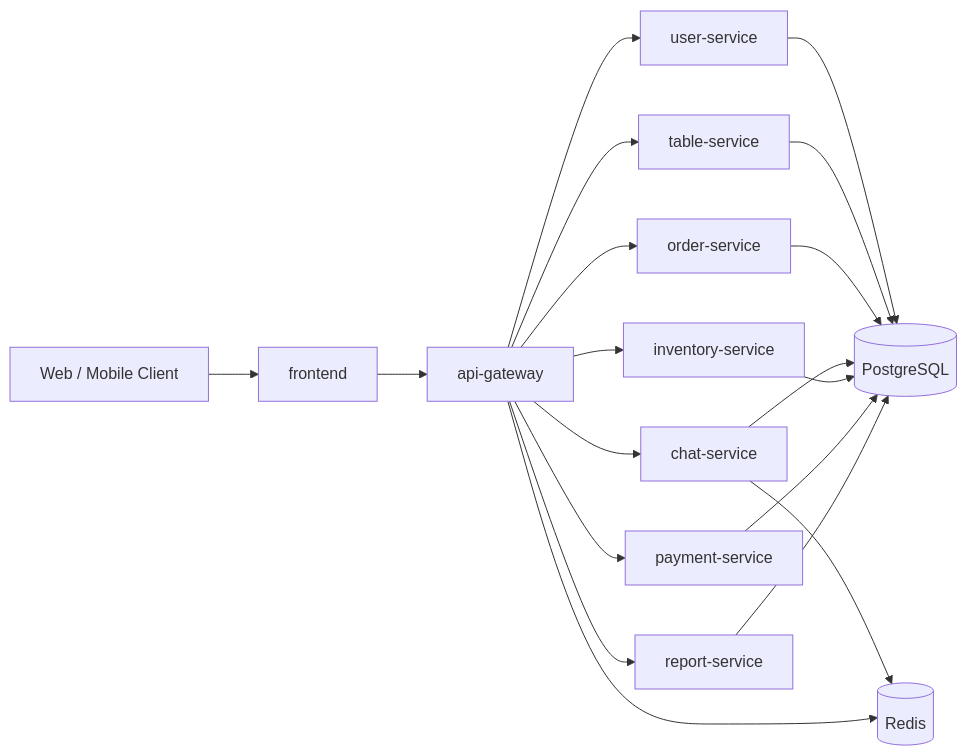
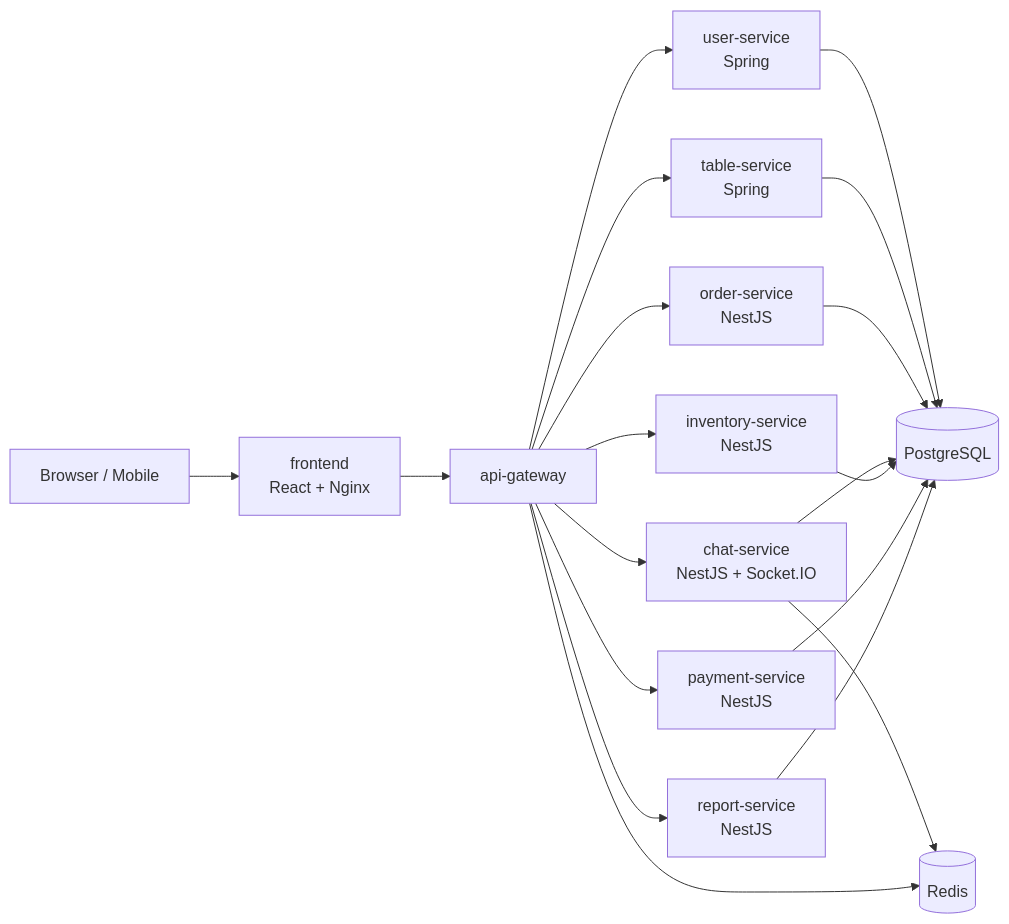
One commit to hoanggiakz/coffe-shop changed the first of 2 diagrams in ops/docs/architecture.md. Above: the diagram before and after it, drawn with Mermaid. The commit also changed other lines of this file and 74 other files, not shown here.

````diff
--- a/ops/docs/architecture.md
+++ b/ops/docs/architecture.md
@@ -5,37 +5,37 @@
 ```mermaid
 flowchart LR
-    Client[Web / Mobile Client]
-    Frontend[frontend]
+    Client[Browser / Mobile]
+    Frontend[frontend<br/>React + Nginx]
     Gateway[api-gateway]
-    User[user-service]
-    Table[table-service]
-    Order[order-service]
-    Chat[chat-service]
-    Inventory[inventory-service]
-    Payment[payment-service]
-    Report[report-service]
+    User[user-service<br/>Spring]
+    Table[table-service<br/>Spring]
+    Order[order-service<br/>NestJS]
+    Chat[chat-service<br/>NestJS + Socket.IO]
+    Inventory[inventory-service<br/>NestJS]
+    Payment[payment-service<br/>NestJS]
+    Report[report-service<br/>NestJS]
     Postgres[(PostgreSQL)]
     Redis[(Redis)]
 
     Client --> Frontend
     Frontend --> Gateway
 
     Gateway --> User
     Gateway --> Table
     Gateway --> Order
     Gateway --> Chat
     Gateway --> Inventory
     Gateway --> Payment
     Gateway --> Report
 
     User --> Postgres
     Table --> Postgres
     Order --> Postgres
     Chat --> Postgres
     Inventory --> Postgres
     Payment --> Postgres
     Report --> Postgres
 
     Chat --> Redis
     Gateway --> Redis
 ```
````
